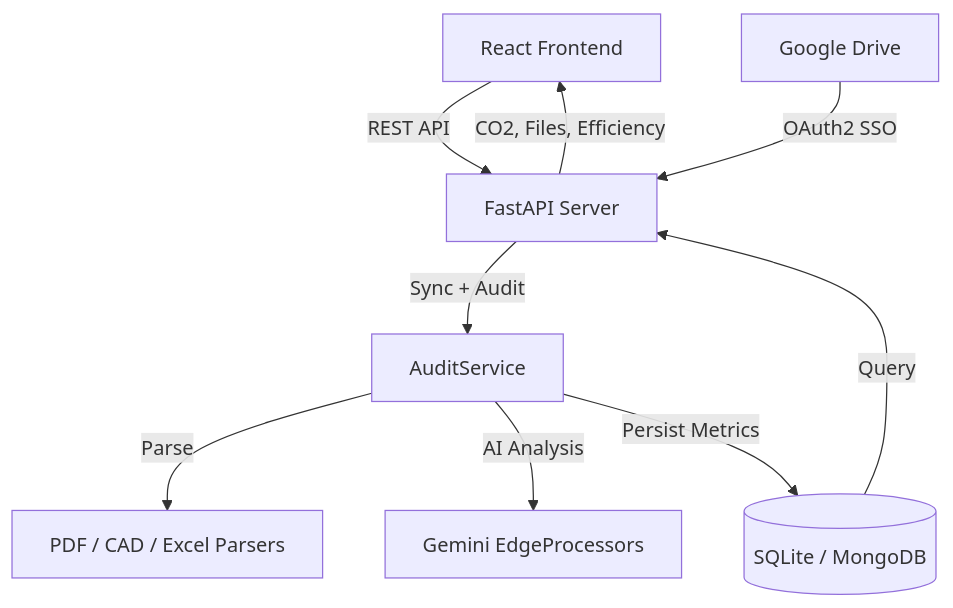
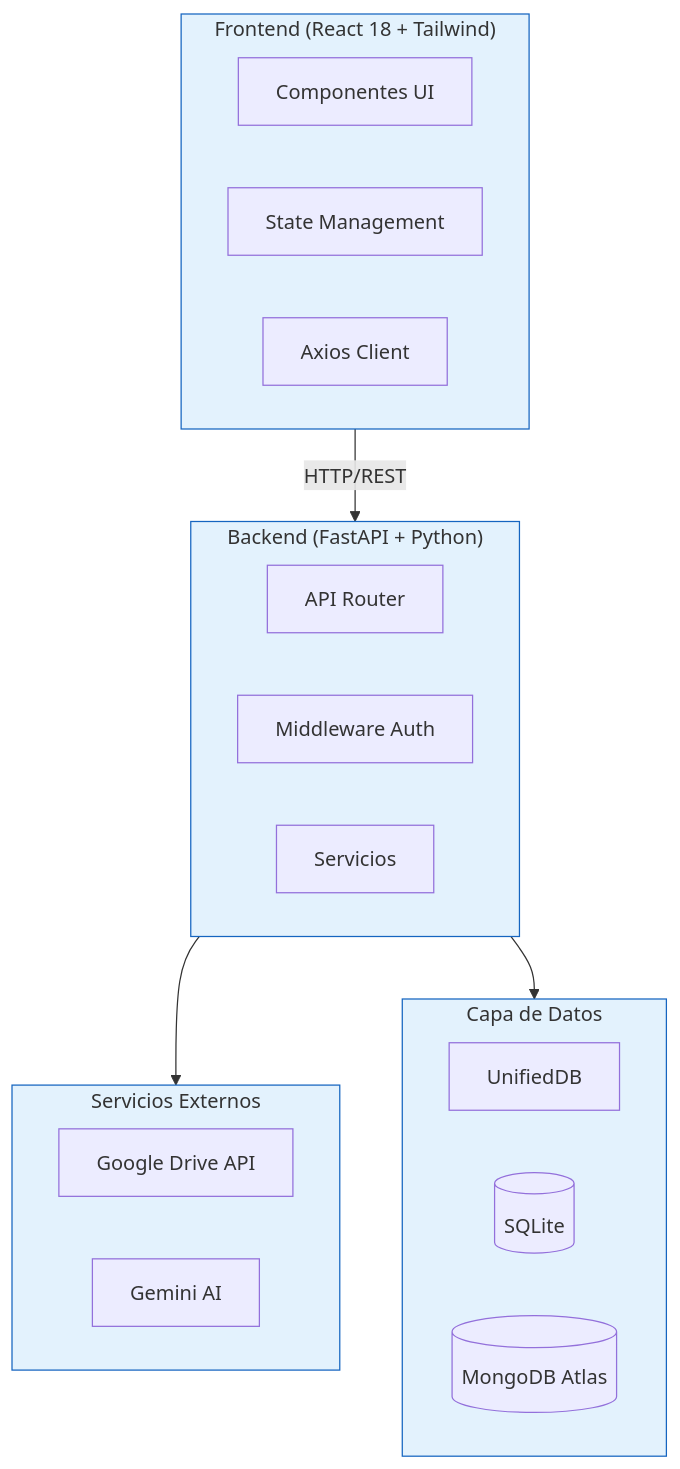
One commit to gproatechnology/GProA_Edge changed the first of 19 diagrams in README.md. Above: the diagram before and after it, drawn with Mermaid. The commit also changed other lines of this file and 40 other files, not shown here.

````diff
--- a/README.md
+++ b/README.md
@@ -41,11 +52,35 @@
 ```mermaid
 graph TB
-    FE[React Frontend] -->|REST API| API[FastAPI Server]
-    GD[Google Drive] -->|OAuth2 SSO| API
-    API -->|Sync + Audit| AS[AuditService]
-    AS -->|Parse| PA[PDF / CAD / Excel Parsers]
-    AS -->|AI Analysis| LLM[Gemini EdgeProcessors]
-    AS -->|Persist Metrics| DB[(SQLite / MongoDB)]
-    DB -->|Query| API
-    API -->|CO2, Files, Efficiency| FE
+    subgraph FRONTEND["Frontend (React 18 + Tailwind)"]
+        UI[Componentes UI]
+        ST[State Management]
+        AX[Axios Client]
+    end
+    
+    subgraph BACKEND["Backend (FastAPI + Python)"]
+        API[API Router]
+        MID[Middleware Auth]
+        SV[Servicios]
+    end
+    
+    subgraph EXTERNAL["Servicios Externos"]
+        GD[Google Drive API]
+        GM[Gemini AI]
+    end
+    
+    subgraph DATA["Capa de Datos"]
+        UDB[UnifiedDB]
+        SQL[(SQLite)]
+        MON[(MongoDB Atlas)]
+    end
+    
+    FRONTEND -->|HTTP/REST| BACKEND
+    BACKEND --> EXTERNAL
+    BACKEND --> DATA
+    
+    classDef frontend fill:#e3f2fd,stroke:#1565c0
+    classDef backend fill:#e8f5e9,stroke:#2e7d32
+    classDef external fill:#fff3e0,stroke:#f57c00
+    classDef data fill:#f3e5f5,stroke:#7b1fa2
+    class FRONTEND,BACKEND,EXTERNAL,DATA frontend
 ```
````
